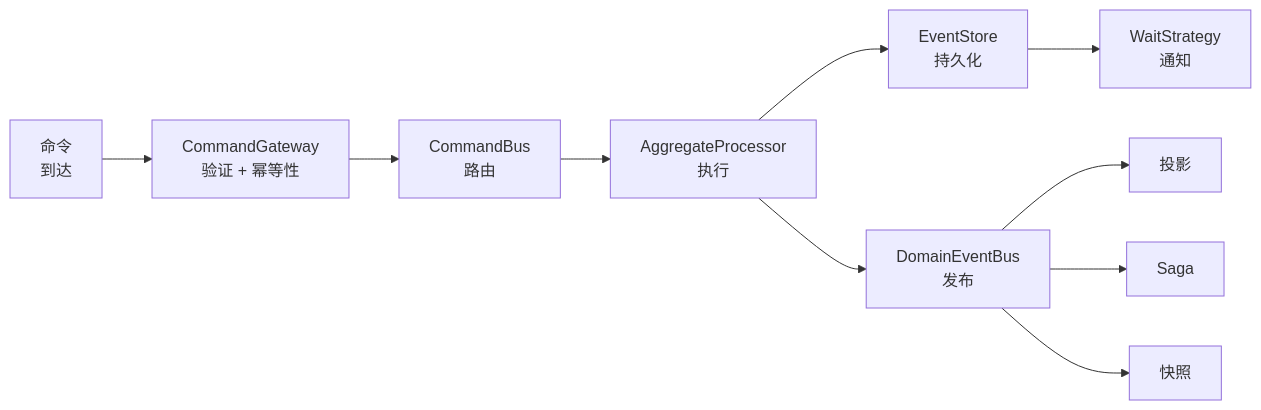
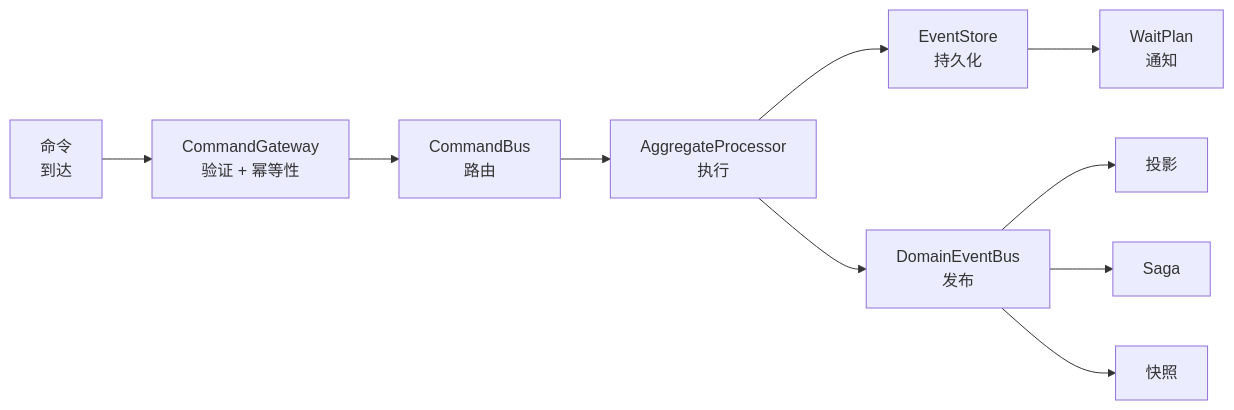
The first of 10 diagrams in documentation/docs/zh/guide/advanced/data-flow.md (Ahoo-Wang/Wow), drawn with Mermaid before and after one commit. The commit also changed other lines of this file and 128 other files, not shown here.

Commit message:
feat(core): remove wait strategy runtime

````diff
--- a/documentation/docs/zh/guide/advanced/data-flow.md
+++ b/documentation/docs/zh/guide/advanced/data-flow.md
@@ -12,15 +12,15 @@
 ```mermaid
 graph LR
     CMD["命令<br>到达"] --> GW["CommandGateway<br>验证 + 幂等性"]
     GW --> CB["CommandBus<br>路由"]
     CB --> AP["AggregateProcessor<br>执行"]
     AP --> ES["EventStore<br>持久化"]
     AP --> DEB["DomainEventBus<br>发布"]
     DEB --> PROJ["投影"]
     DEB --> SAGA["Saga"]
     DEB --> SNAP["快照"]
-    ES --> WS["WaitStrategy<br>通知"]
+    ES --> WS["WaitPlan<br>通知"]
 
 
 
 ```
````
